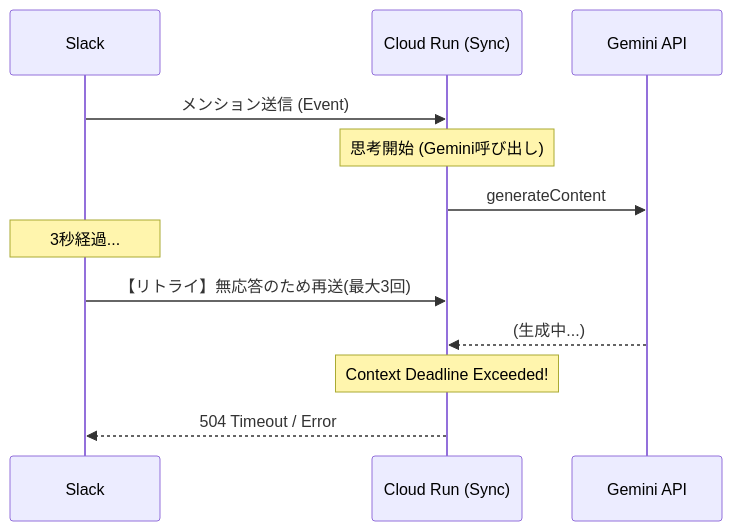
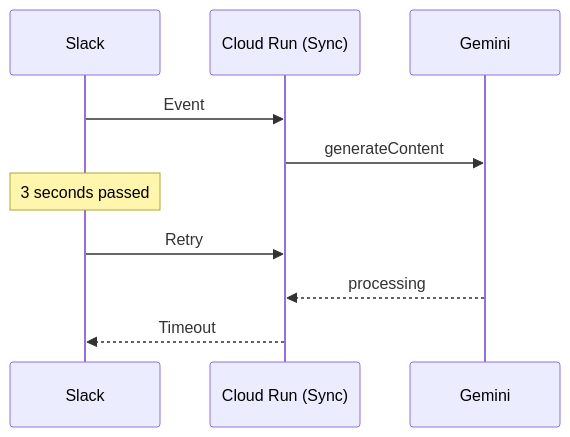
Before and after one commit to conti0513/development_public: the first of 2 diagrams in 02_ARCHITECTURE/04_IAC_TERRAFORM/Terraform/design_docs/31_AI_AGENT_OPENGEMINI_LITE.md, drawn with Mermaid. The commit also changed other lines of this file and 2 other files, not shown here.

````diff
--- a/02_ARCHITECTURE/04_IAC_TERRAFORM/Terraform/design_docs/31_AI_AGENT_OPENGEMINI_LITE.md
+++ b/02_ARCHITECTURE/04_IAC_TERRAFORM/Terraform/design_docs/31_AI_AGENT_OPENGEMINI_LITE.md
@@ -120,19 +239,16 @@
 ```mermaid
 sequenceDiagram
     participant Slack
     participant CloudRun as Cloud Run (Sync)
-    participant Gemini as Gemini API
+    participant Gemini
 
-    Slack->>CloudRun: メンション送信 (Event)
-    Note over CloudRun: 思考開始 (Gemini呼び出し)
+    Slack->>CloudRun: Event
     CloudRun->>Gemini: generateContent
     
-    Note over Slack: 3秒経過...
-    Slack->>CloudRun: 【リトライ】無応答のため再送(最大3回)
+    Note over Slack: 3 seconds passed
     
-    Gemini-->>CloudRun: (生成中...)
+    Slack->>CloudRun: Retry
+    Gemini-->>CloudRun: processing
     
-    Note over CloudRun: Context Deadline Exceeded!
-    CloudRun-->>Slack: 504 Timeout / Error
-
+    CloudRun-->>Slack: Timeout
 ```
````
